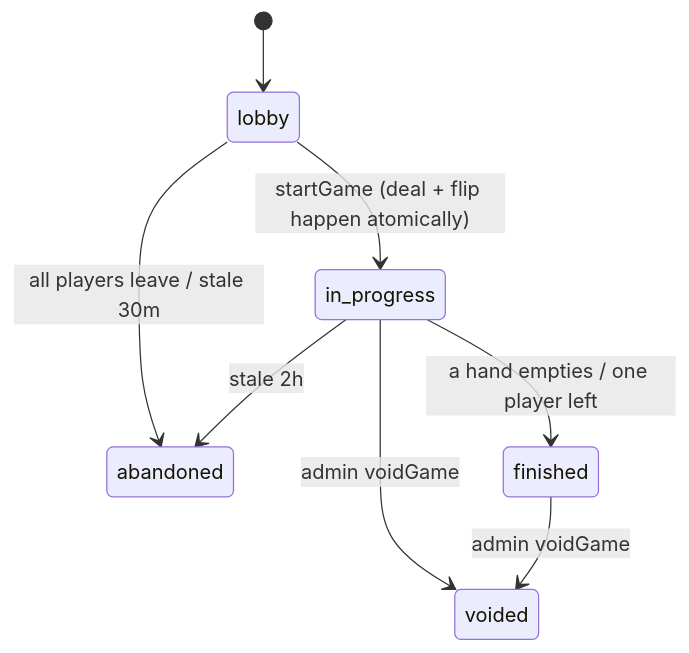
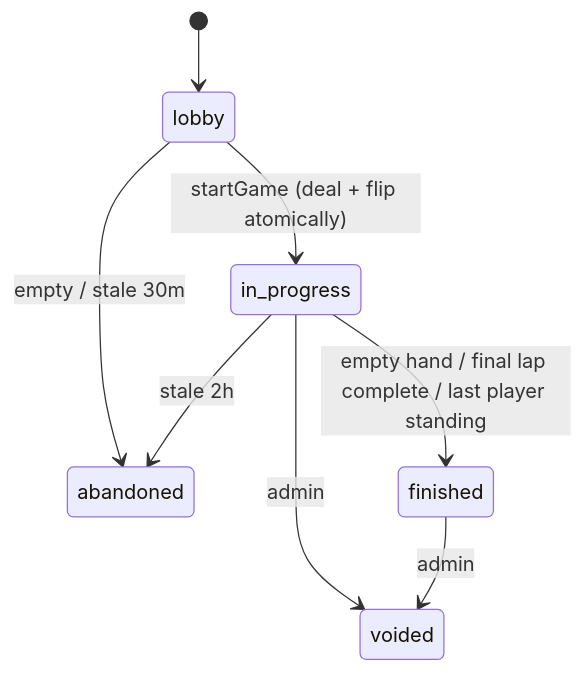
One commit to bacquisto-ns/nue-uno changed the first of 2 diagrams in docs/engineering/game-engine.md. Above: the diagram before and after it, drawn with Mermaid. The commit also changed other lines of this file and 9 other files, not shown here.

````diff
--- a/docs/engineering/game-engine.md
+++ b/docs/engineering/game-engine.md
@@ -181,10 +232,10 @@
 ```mermaid
 stateDiagram-v2
   [*] --> lobby
-  lobby --> in_progress: startGame (deal + flip happen atomically)
-  lobby --> abandoned: all players leave / stale 30m
-  in_progress --> finished: a hand empties / one player left
+  lobby --> in_progress: startGame (deal + flip atomically)
+  lobby --> abandoned: empty / stale 30m
+  in_progress --> finished: empty hand / final lap complete / last player standing
   in_progress --> abandoned: stale 2h
-  in_progress --> voided: admin voidGame
-  finished --> voided: admin voidGame
+  in_progress --> voided: admin
+  finished --> voided: admin
 ```
````
